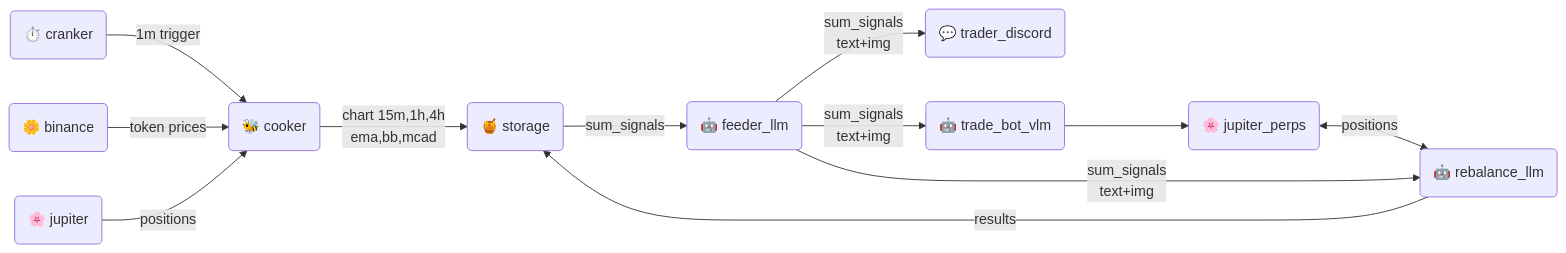
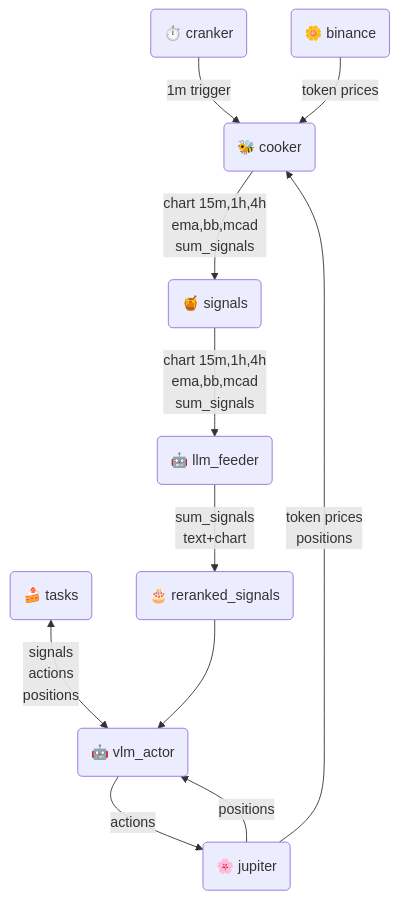
The diagram in README.md (catbot-ai/catbot-agent), drawn with Mermaid before and after one commit.

Commit message:
docs: update flow

````diff
--- a/README.md
+++ b/README.md
@@ -58,11 +58,11 @@
 ```mermaid
-graph LR;
+graph TD;
   I(⏱️ cranker)--"1m trigger"--> A
   AA(🌼 binance)--"token prices"-->A
-  AB(🌸 jupiter)--"positions"-->A
-  A(🐝 cooker) --"chart 15m,1h,4h<br>ema,bb,mcad"-->B("🍯 storage")
-  B --"sum_signals"-->C("🤖 feeder_llm") --"sum_signals<br>text+img"--> L1("💬 trader_discord")
-  C--"sum_signals<br>text+img"--> O("🤖 trade_bot_vlm")
-  O-->D(🌸 jupiter_perps)<--"positions"-->E("🤖 rebalance_llm")
-  C--"sum_signals<br>text+img"-->E--"results"-->B
+  BB("🍰 tasks")<--"signals<br>actions<br>positions"-->O("🤖 vlm_actor")
+  A(🐝 cooker)--"chart 15m,1h,4h<br>ema,bb,mcad<br>sum_signals"-->B("🍯 signals")--"chart 15m,1h,4h<br>ema,bb,mcad<br>sum_signals"-->C("🤖 llm_feeder")
+  C--"sum_signals<br>text+chart"-->BBB("🎂 reranked_signals")
+  BBB-->O
+  O--actions-->AB--"positions"-->O
+  AB(🌸 jupiter)--"token prices<br>positions"-->A
 ```
````
